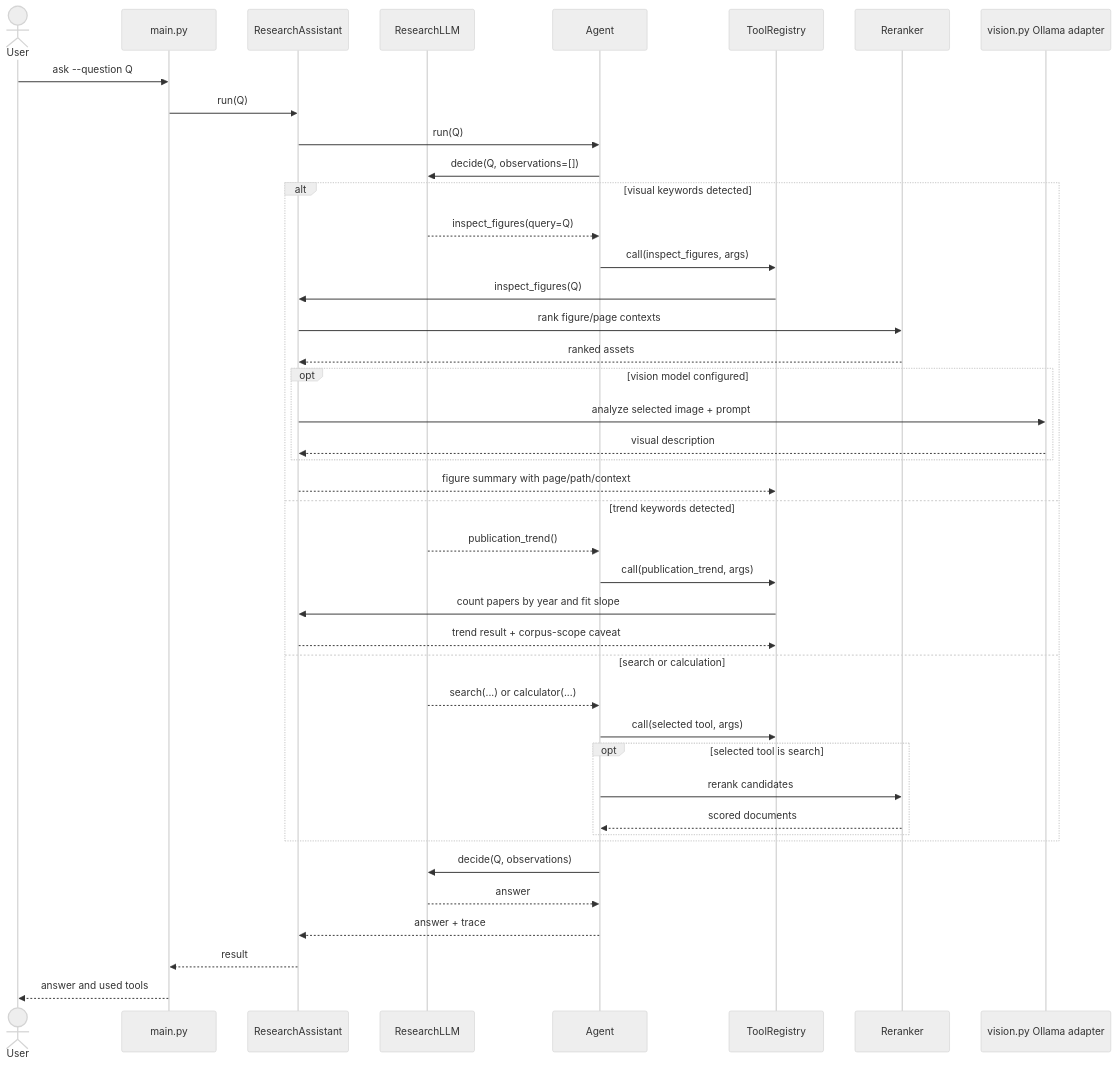
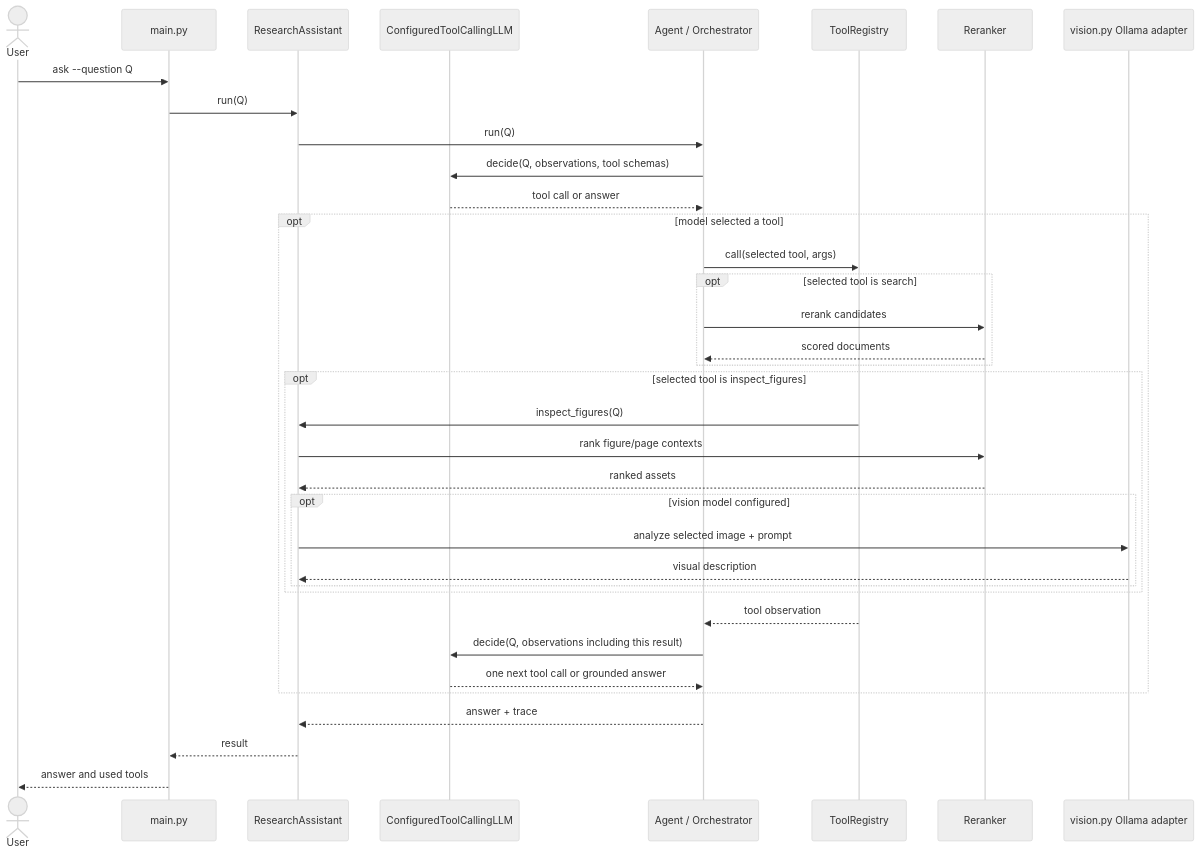
The third of 4 diagrams in doc/system-architecture.md (sefeoglu/llm-agents), drawn with Mermaid (neutral theme) before and after one commit. The commit also changed other lines of this file and 41 other files, not shown here.

````diff
--- a/doc/system-architecture.md
+++ b/doc/system-architecture.md
@@ -127,45 +139,39 @@
 ```mermaid
 sequenceDiagram
     actor User
     participant CLI as main.py
     participant RA as ResearchAssistant
-    participant R as ResearchLLM
-    participant A as Agent
+    participant R as ConfiguredToolCallingLLM
+    participant A as Agent / Orchestrator
     participant TR as ToolRegistry
     participant RR as Reranker
     participant V as vision.py Ollama adapter
 
     User->>CLI: ask --question Q
     CLI->>RA: run(Q)
     RA->>A: run(Q)
-    A->>R: decide(Q, observations=[])
-    alt visual keywords detected
-        R-->>A: inspect_figures(query=Q)
-        A->>TR: call(inspect_figures, args)
-        TR->>RA: inspect_figures(Q)
-        RA->>RR: rank figure/page contexts
-        RR-->>RA: ranked assets
-        opt vision model configured
-            RA->>V: analyze selected image + prompt
-            V-->>RA: visual description
-        end
-        RA-->>TR: figure summary with page/path/context
-    else trend keywords detected
-        R-->>A: publication_trend()
-        A->>TR: call(publication_trend, args)
-        TR->>RA: count papers by year and fit slope
-        RA-->>TR: trend result + corpus-scope caveat
-    else search or calculation
-        R-->>A: search(...) or calculator(...)
+    A->>R: decide(Q, observations, tool schemas)
+    R-->>A: tool call or answer
+    opt model selected a tool
         A->>TR: call(selected tool, args)
         opt selected tool is search
             A->>RR: rerank candidates
             RR-->>A: scored documents
         end
+        opt selected tool is inspect_figures
+            TR->>RA: inspect_figures(Q)
+            RA->>RR: rank figure/page contexts
+            RR-->>RA: ranked assets
+            opt vision model configured
+                RA->>V: analyze selected image + prompt
+                V-->>RA: visual description
+            end
+        end
+        TR-->>A: tool observation
+        A->>R: decide(Q, observations including this result)
+        R-->>A: one next tool call or grounded answer
     end
-    A->>R: decide(Q, observations)
-    R-->>A: answer
     A-->>RA: answer + trace
     RA-->>CLI: result
     CLI-->>User: answer and used tools
 ```
````
